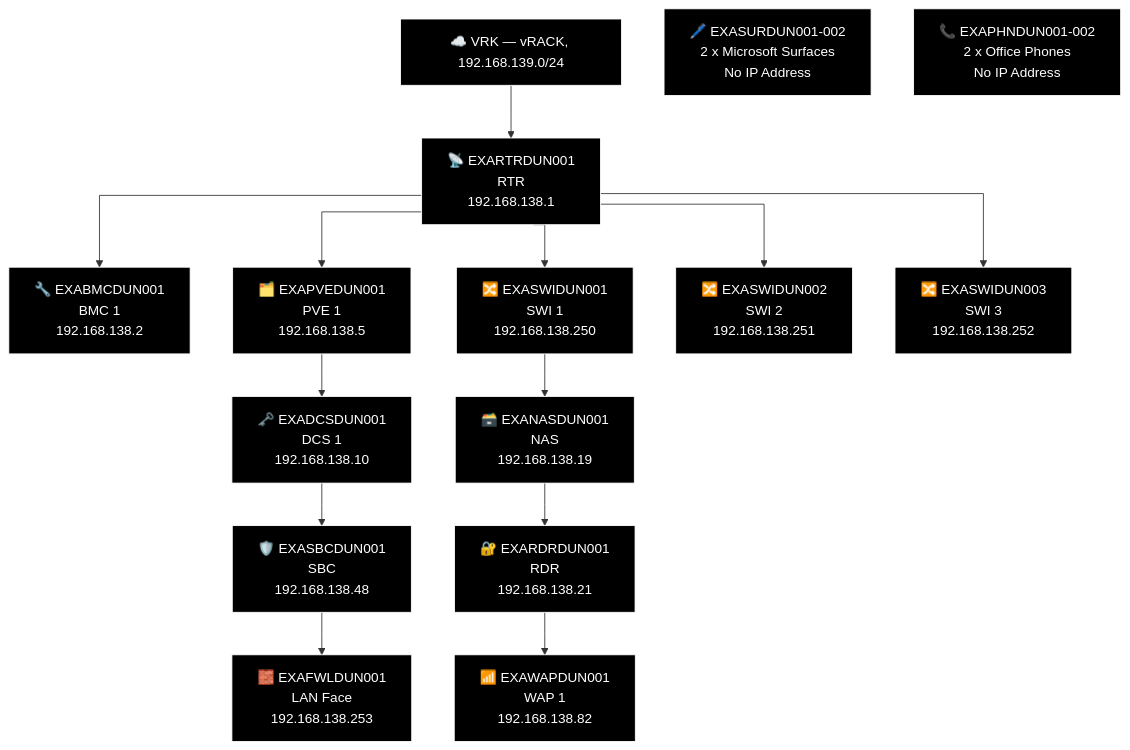
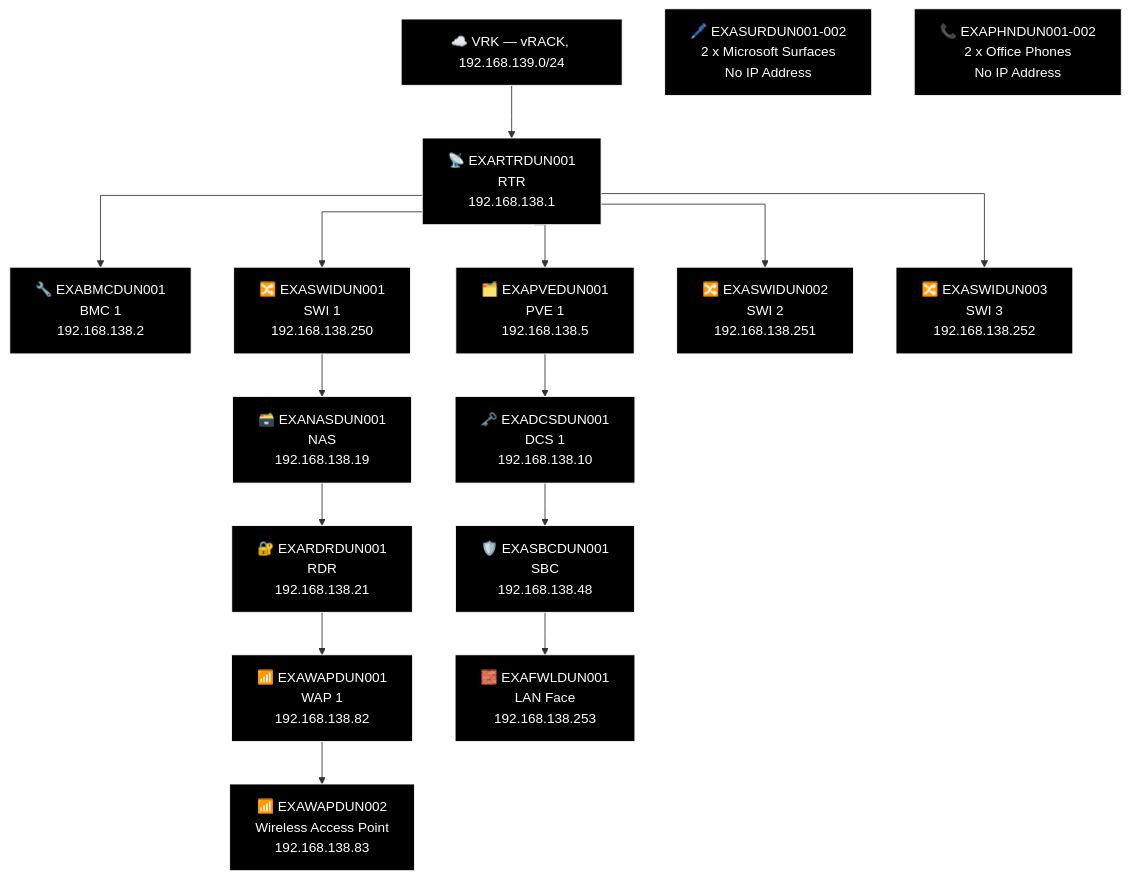
Diagram 15 of 21 in docs/network-diagram/scotland.md (knightmare2600/example_music_infra), drawn with Mermaid before and after one commit. The commit also changed other lines of this file and 25 other files, not shown here.

````diff
--- a/docs/network-diagram/scotland.md
+++ b/docs/network-diagram/scotland.md
@@ -877,44 +891,46 @@
 ```mermaid
 %% GENERATED:TOPOLOGY:DUN:START
 %%{init: {'flowchart': {'curve': 'stepAfter'}}}%%
 graph TD
     T_VRK["☁️ VRK — vRACK, 192.168.139.0/24"]
     T_RTR["📡 EXARTRDUN001<br/>RTR<br/>192.168.138.1"]
     T_VRK --> T_RTR
     T_BMC["🔧 EXABMCDUN001<br/>BMC 1<br/>192.168.138.2"]
     T_RTR --> T_BMC
     T_PVE["🗂️ EXAPVEDUN001<br/>PVE 1<br/>192.168.138.5"]
     T_RTR --> T_PVE
     T_SWI["🔀 EXASWIDUN001<br/>SWI 1<br/>192.168.138.250"]
     T_RTR --> T_SWI
     T_SWI2["🔀 EXASWIDUN002<br/>SWI 2<br/>192.168.138.251"]
     T_RTR --> T_SWI2
     T_SWI3["🔀 EXASWIDUN003<br/>SWI 3<br/>192.168.138.252"]
     T_RTR --> T_SWI3
     T_NAS["🗃️ EXANASDUN001<br/>NAS<br/>192.168.138.19"]
     T_RDR["🔐 EXARDRDUN001<br/>RDR<br/>192.168.138.21"]
     T_WAP["📶 EXAWAPDUN001<br/>WAP 1<br/>192.168.138.82"]
-    T_SWI --> T_NAS --> T_RDR --> T_WAP
+    T_WAP2["📶 EXAWAPDUN002<br/>Wireless Access Point<br/>192.168.138.83"]
+    T_SWI --> T_NAS --> T_RDR --> T_WAP --> T_WAP2
     T_DCS["🗝️ EXADCSDUN001<br/>DCS 1<br/>192.168.138.10"]
     T_SBC["🛡️ EXASBCDUN001<br/>SBC<br/>192.168.138.48"]
     T_FWL["🧱 EXAFWLDUN001<br/>LAN Face<br/>192.168.138.253"]
     T_PVE --> T_DCS --> T_SBC --> T_FWL
     T_OTH_SUR["🖊️ EXASURDUN001-002<br/>2 x Microsoft Surfaces<br/>No IP Address"]
     T_OTH_PHN["📞 EXAPHNDUN001-002<br/>2 x Office Phones<br/>No IP Address"]
     style T_VRK fill:#000000,stroke:#FFFFFF,color:#FFFFFF
     style T_RTR fill:#000000,stroke:#FFFFFF,color:#FFFFFF
     style T_BMC fill:#000000,stroke:#FFFFFF,color:#FFFFFF
     style T_PVE fill:#000000,stroke:#FFFFFF,color:#FFFFFF
     style T_SWI fill:#000000,stroke:#FFFFFF,color:#FFFFFF
     style T_SWI2 fill:#000000,stroke:#FFFFFF,color:#FFFFFF
     style T_SWI3 fill:#000000,stroke:#FFFFFF,color:#FFFFFF
     style T_NAS fill:#000000,stroke:#FFFFFF,color:#FFFFFF
     style T_RDR fill:#000000,stroke:#FFFFFF,color:#FFFFFF
     style T_WAP fill:#000000,stroke:#FFFFFF,color:#FFFFFF
+    style T_WAP2 fill:#000000,stroke:#FFFFFF,color:#FFFFFF
     style T_DCS fill:#000000,stroke:#FFFFFF,color:#FFFFFF
     style T_SBC fill:#000000,stroke:#FFFFFF,color:#FFFFFF
     style T_FWL fill:#000000,stroke:#FFFFFF,color:#FFFFFF
     style T_OTH_SUR fill:#000000,stroke:#FFFFFF,color:#FFFFFF
     style T_OTH_PHN fill:#000000,stroke:#FFFFFF,color:#FFFFFF
 %% GENERATED:TOPOLOGY:DUN:END
 ```
````
